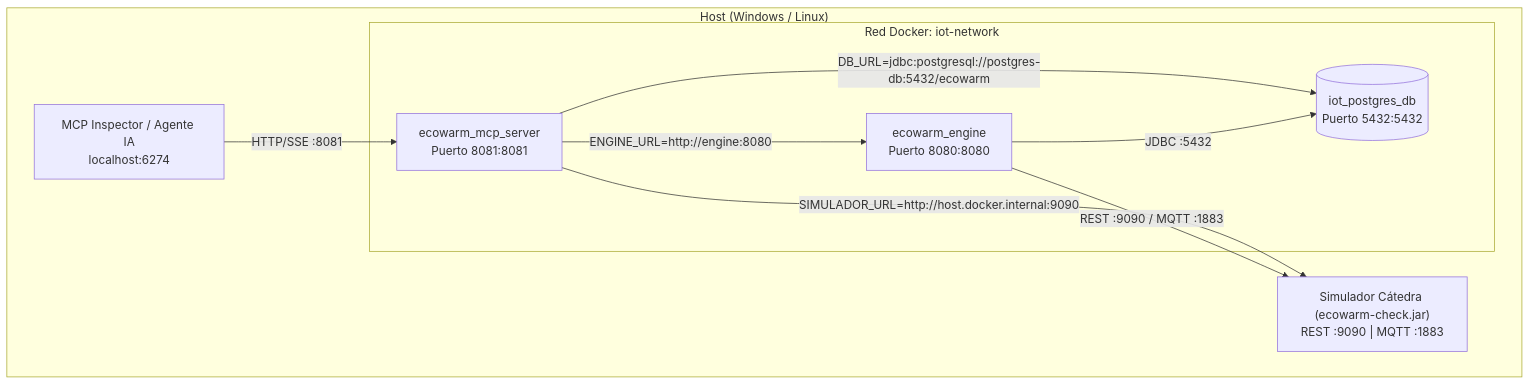
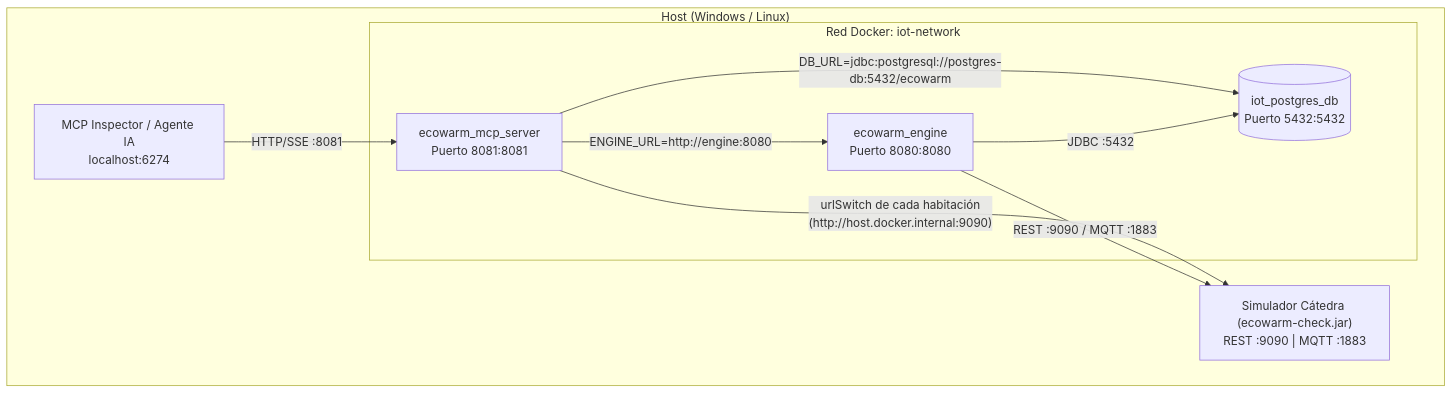
The third of 3 diagrams in docs/mcp/4mas1-mcp.md (guzmanbarbatto/iiss-2026-grupo-3-vespertino), drawn with Mermaid before and after one commit. The commit also changed other lines of this file and 33 other files, not shown here.

````diff
--- a/docs/mcp/4mas1-mcp.md
+++ b/docs/mcp/4mas1-mcp.md
@@ -145,19 +145,19 @@
 ```mermaid
 flowchart TB
     subgraph HOST["Host (Windows / Linux)"]
         INSP["MCP Inspector / Agente IA<br/>localhost:6274"]
         SIMHOST["Simulador Cátedra (ecowarm-check.jar)<br/>REST :9090 | MQTT :1883"]
         subgraph DOCKER["Red Docker: iot-network"]
             MCP["ecowarm_mcp_server<br/>Puerto 8081:8081"]
             ENG["ecowarm_engine<br/>Puerto 8080:8080"]
             PG[("iot_postgres_db<br/>Puerto 5432:5432")]
         end
     end
 
     INSP -- "HTTP/SSE :8081" --> MCP
     MCP -- "ENGINE_URL=http://engine:8080" --> ENG
     MCP -- "DB_URL=jdbc:postgresql://postgres-db:5432/ecowarm" --> PG
-    MCP -- "SIMULADOR_URL=http://host.docker.internal:9090" --> SIMHOST
+    MCP -- "urlSwitch de cada habitación<br/>(http://host.docker.internal:9090)" --> SIMHOST
     ENG -- "JDBC :5432" --> PG
     ENG -- "REST :9090 / MQTT :1883" --> SIMHOST
 ```
````
